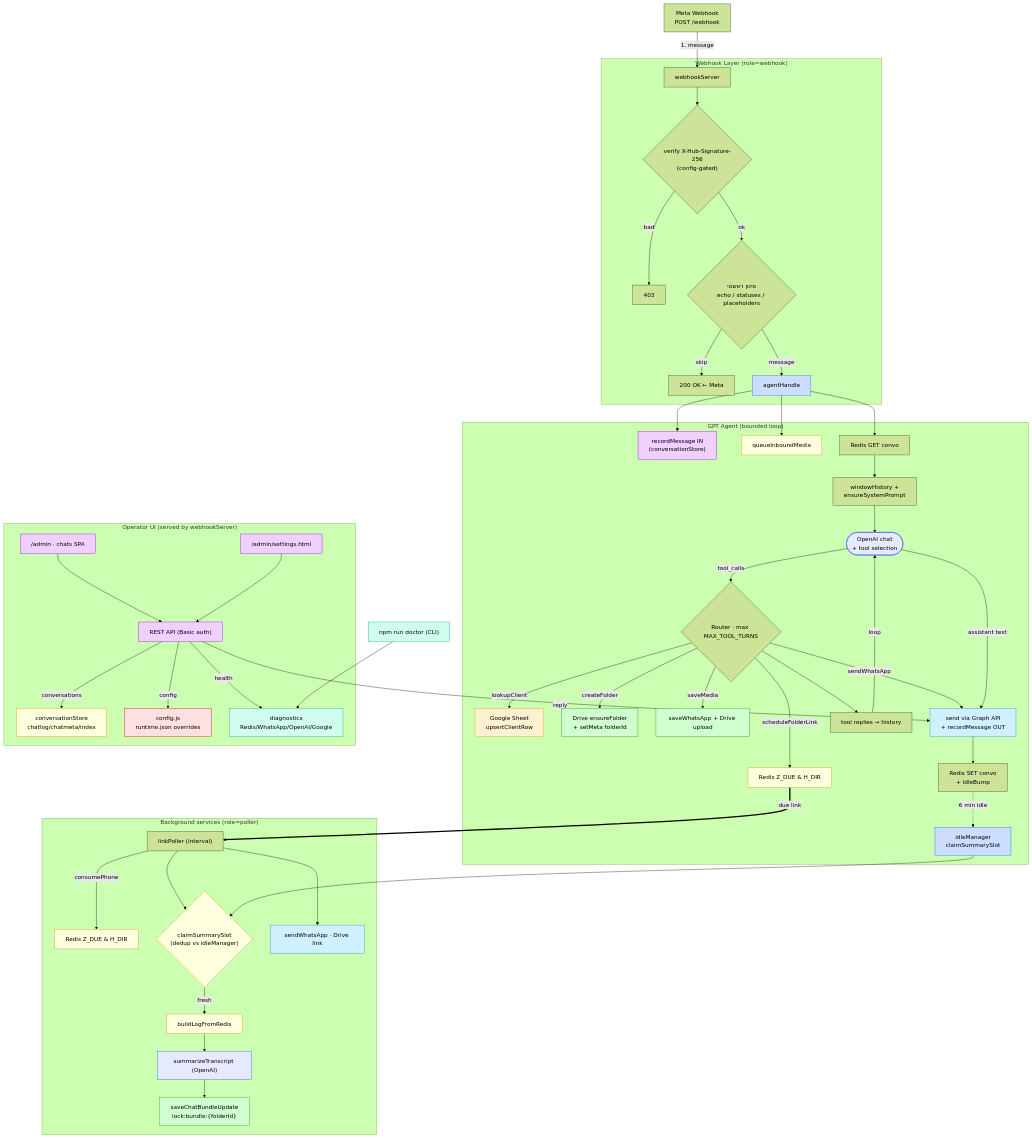
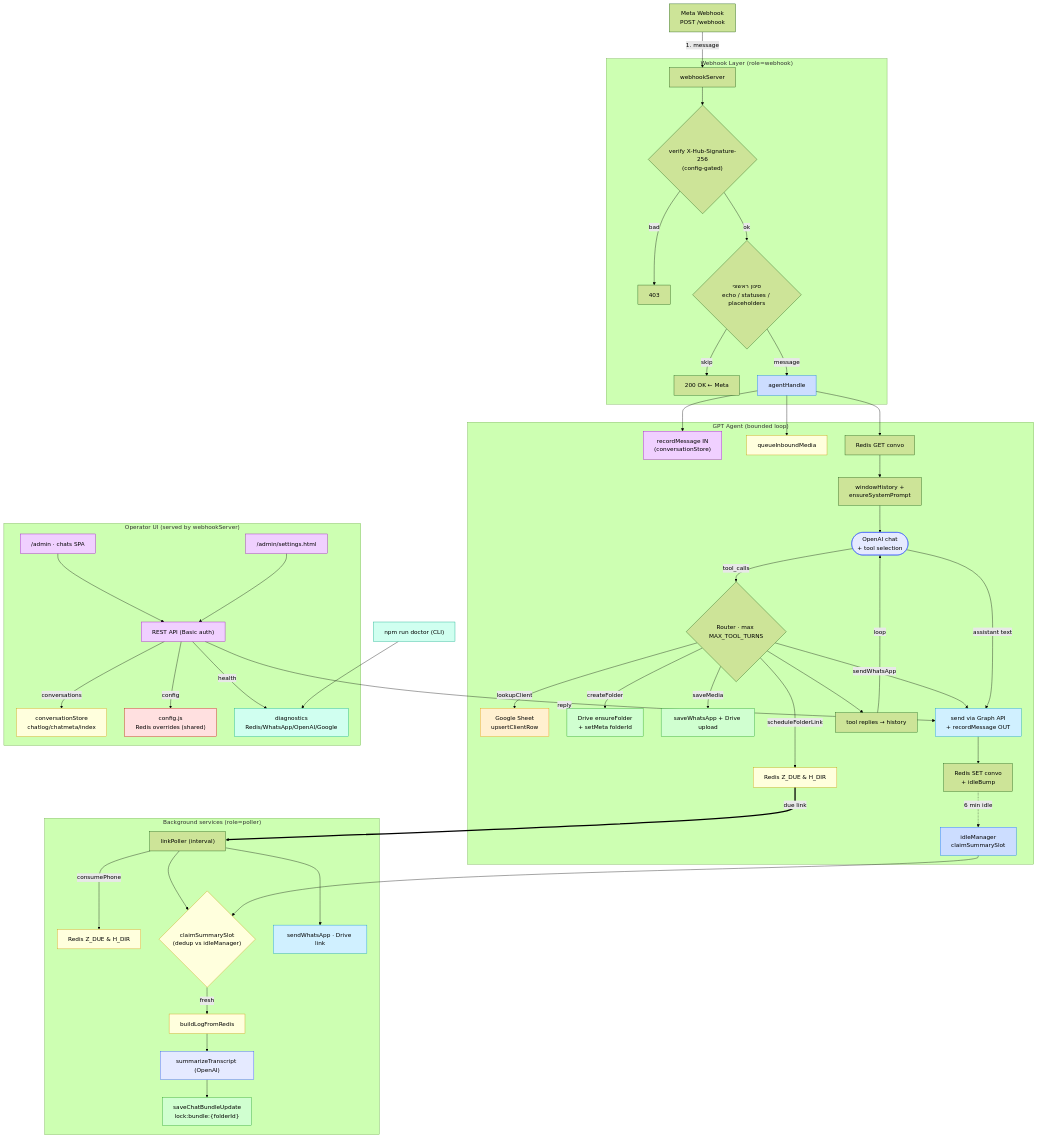
Before and after one commit to neo050/Office-Automation-Law-bot: the diagram in architecture.mmd, drawn with Mermaid (forest theme). The commit also changed 2 other files, not shown here.

Commit message:
docs: reflect Redis-backed shared config + poller service
Update README, architecture diagram, and the Railway runbook now that
runtime config lives in Redis (shared by webhook + poller) instead of a
per-instance file; record the live poller service.

```diff
--- a/architecture.mmd
+++ b/architecture.mmd
@@ -1,61 +1,61 @@
 flowchart TD
   A["Meta Webhook<br/>POST /webhook"] -->|1. message| B[webhookServer]
 
   subgraph "Webhook Layer (role=webhook)"
     B --> SIG{"verify X-Hub-Signature-256<br/>(config-gated)"}
     SIG -->|bad| X403["403"]
     SIG -->|ok| C{"סינון ראשוני<br/>echo / statuses / placeholders"}
     C -->|skip| X["200 OK ← Meta"]
     C -->|message| E[agentHandle]:::agent
   end
 
   subgraph "GPT Agent (bounded loop)"
     E --> REC1["recordMessage IN<br/>(conversationStore)"]:::ui
     E --> Q0[queueInboundMedia]:::redis
     E --> F[Redis GET convo]
     F --> WIN["windowHistory +<br/>ensureSystemPrompt"]
     WIN --> H([OpenAI chat<br/>+ tool selection]):::openai
     H -->|tool_calls| I{Router · max MAX_TOOL_TURNS}
     I -->|lookupClient| J["Google Sheet<br/>upsertClientRow"]:::gs
     I -->|createFolder| K["Drive ensureFolder<br/>+ setMeta folderId"]:::drive
     I -->|saveMedia| L["saveWhatsApp + Drive upload"]:::drive
     I -->|sendWhatsApp| M["send via Graph API<br/>+ recordMessage OUT"]:::wa
     I -->|scheduleFolderLink| N["Redis Z_DUE & H_DIR"]:::redis
     I --> P["tool replies → history"]
     P -->|loop| H
     H -->|assistant text| M
     M --> Q["Redis SET convo<br/>+ idleBump"]
     Q -.->|6 min idle| ID["idleManager<br/>claimSummarySlot"]:::agent
   end
 
   subgraph "Operator UI (served by webhookServer)"
     DASH["/admin · chats SPA"]:::ui --> API["REST API (Basic auth)"]:::ui
     SET["/admin/settings.html"]:::ui --> API
     API -->|conversations| CS["conversationStore<br/>chatlog/chatmeta/index"]:::redis
     API -->|reply| M
-    API -->|config| CFG["config.js<br/>runtime.json overrides"]:::cfg
+    API -->|config| CFG["config.js<br/>Redis overrides (shared)"]:::cfg
     API -->|health| DIAG["diagnostics<br/>Redis/WhatsApp/OpenAI/Google"]:::diag
   end
 
   subgraph "Background services (role=poller)"
     N ==>|due link| R["linkPoller (interval)"]
     R -->|consumePhone| T["Redis Z_DUE & H_DIR"]:::redis
     R --> SLOT{"claimSummarySlot<br/>(dedup vs idleManager)"}:::redis
     SLOT -->|fresh| U["buildLogFromRedis"]:::redis
     U --> V["summarizeTranscript (OpenAI)"]:::openai
     V --> W["saveChatBundleUpdate<br/>lock:bundle:{folderId}"]:::drive
     R --> X1["sendWhatsApp · Drive link"]:::wa
     ID --> SLOT
   end
 
   CLI["npm run doctor (CLI)"]:::diag --> DIAG
 
   classDef redis fill:#ffd,stroke:#c90
   classDef agent fill:#cdf,stroke:#06f
   classDef openai fill:#e5eaff,stroke:#2a4bff
   classDef drive fill:#d0ffd0,stroke:#189a18
   classDef gs fill:#fff0d0,stroke:#e69500
   classDef wa fill:#d0f0ff,stroke:#0094c5
   classDef ui fill:#f0d0ff,stroke:#9b00c5
   classDef cfg fill:#ffe0e0,stroke:#c50000
   classDef diag fill:#d0fff0,stroke:#00a884
```
